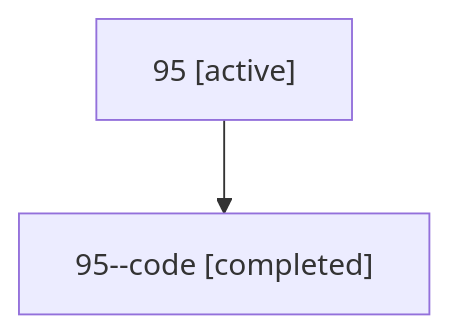
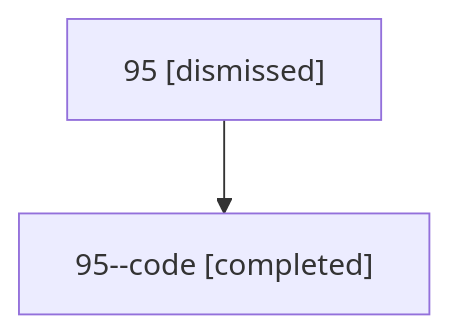
One commit to sase-org/sase--agents changed the diagram in sessions/bbugyi200.athena.95.md. Above: the diagram before and after it, drawn with Mermaid. The commit also changed other lines of this file and 27 other files, not shown here.

````diff
--- a/sessions/bbugyi200.athena.95.md
+++ b/sessions/bbugyi200.athena.95.md
@@ -9,6 +9,6 @@
 ```mermaid
 flowchart TD
-  n0["95 [active]"]
+  n0["95 [dismissed]"]
   n1["95--code [completed]"]
   n0 --> n1
 ```
````
